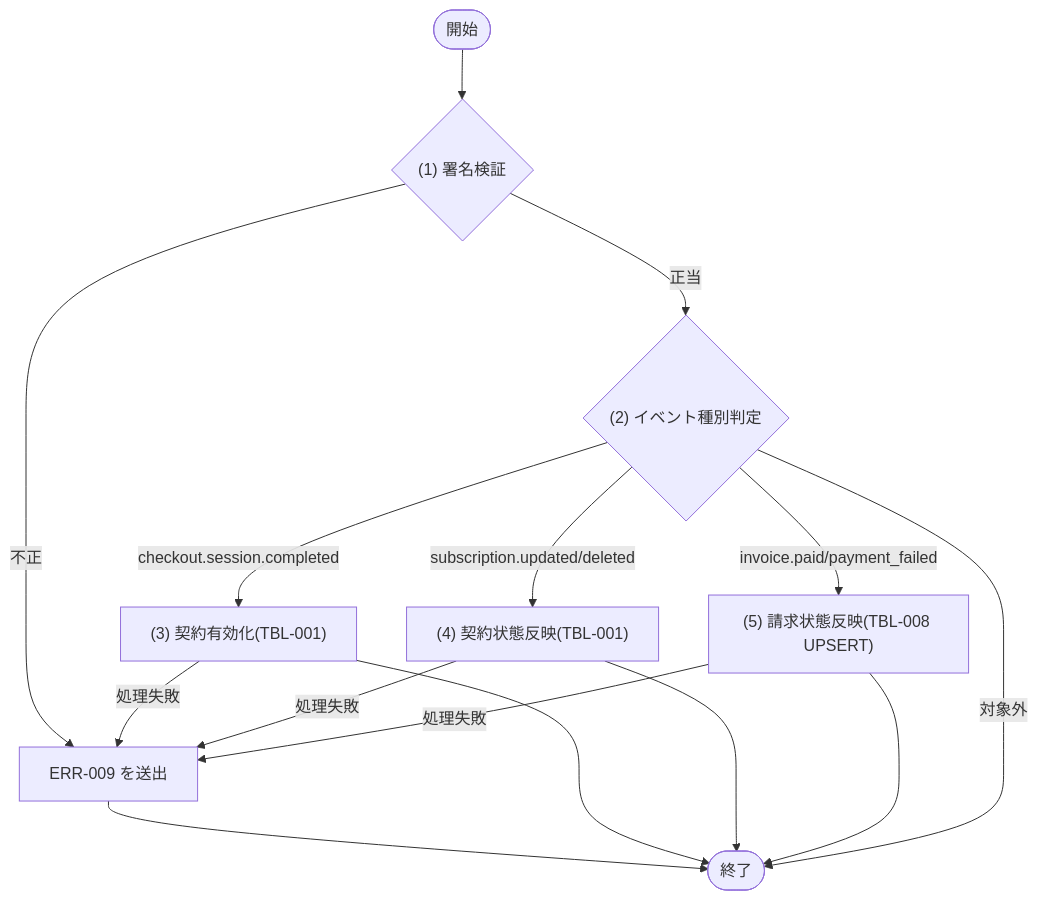
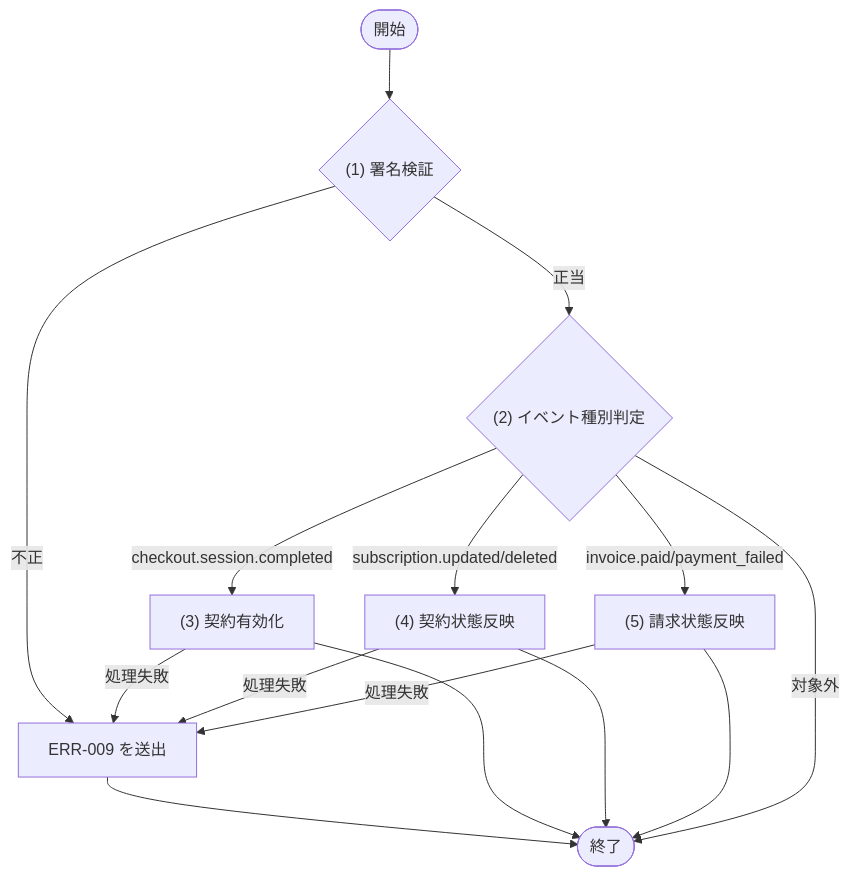
The third of 5 diagrams in docs/02_機能設計/05_モジュール設計/MOD-007_課金サービス.md (sikakou54/system-document-template), drawn with Mermaid before and after one commit. The commit also changed other lines of this file and 128 other files, not shown here.

````diff
--- a/docs/02_機能設計/05_モジュール設計/MOD-007_課金サービス.md
+++ b/docs/02_機能設計/05_モジュール設計/MOD-007_課金サービス.md
@@ -55,22 +230,22 @@
 ```mermaid
 flowchart TD
   Start([開始])
   D1{"(1) 署名検証"}
   D2{"(2) イベント種別判定"}
-  P1["(3) 契約有効化(TBL-001)"]
-  P2["(4) 契約状態反映(TBL-001)"]
-  P3["(5) 請求状態反映(TBL-008 UPSERT)"]
+  P1["(3) 契約有効化"]
+  P2["(4) 契約状態反映"]
+  P3["(5) 請求状態反映"]
   E1["ERR-009 を送出"]
   End([終了])
 
   Start --> D1
   D1 -- "不正" --> E1 --> End
   D1 -- "正当" --> D2
   D2 -- "checkout.session.completed" --> P1 --> End
   D2 -- "subscription.updated/deleted" --> P2 --> End
   D2 -- "invoice.paid/payment_failed" --> P3 --> End
   D2 -- "対象外" --> End
   P1 -- "処理失敗" --> E1
   P2 -- "処理失敗" --> E1
   P3 -- "処理失敗" --> E1
 ```
````
